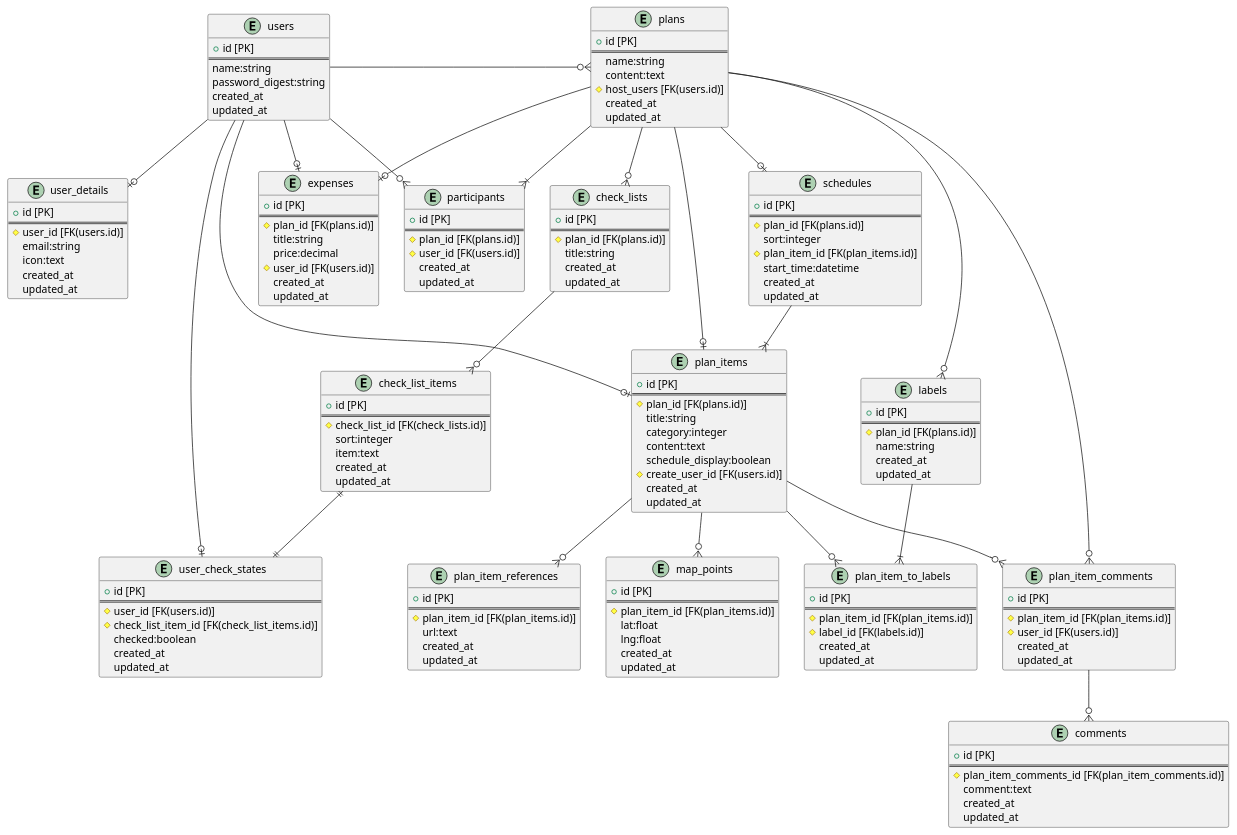
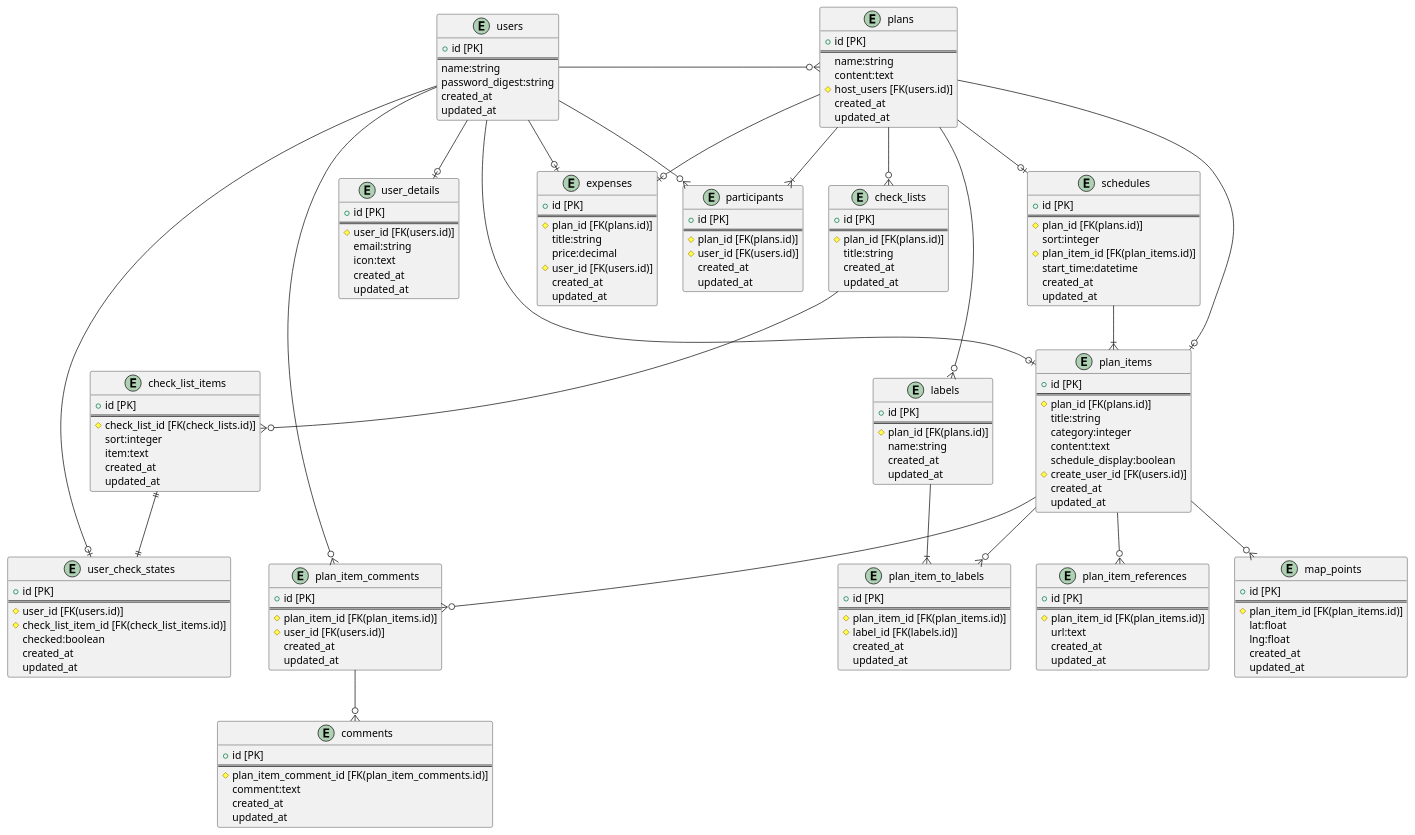
One commit to missyu3/our_trip_old changed the diagram in doc/table.puml. Above: the diagram before and after it, drawn with PlantUML. The commit also changed 2 other files, not shown here.

```diff
--- a/doc/table.puml
+++ b/doc/table.puml
@@ -1,184 +1,184 @@
 @startuml EntityRelationship
 entity "users" {
     + id [PK]
     ==
     name:string
     password_digest:string
     created_at
     updated_at
 }
 
 entity "user_details" {
     + id [PK]
     ==
     # user_id [FK(users.id)]
     email:string
     icon:text
     created_at
     updated_at
 }
 
 entity "participants" {
     + id [PK]
     ==
     # plan_id [FK(plans.id)]
     # user_id [FK(users.id)]
     created_at
     updated_at
 }
 
 entity "plans" {
     + id [PK]
     ==
     name:string
     content:text
     # host_users [FK(users.id)]
     created_at
     updated_at
 }
 
 entity "schedules" {
     + id [PK]
     ==
     # plan_id [FK(plans.id)]
     sort:integer
     # plan_item_id [FK(plan_items.id)]
     start_time:datetime
     created_at
     updated_at
 }
 
 
 entity "plan_items" {
     + id [PK]
     ==
     # plan_id [FK(plans.id)]
     title:string
     category:integer
     content:text
     schedule_display:boolean
     # create_user_id [FK(users.id)]
     created_at
     updated_at
 }
 
 entity "labels" {
     + id [PK]
     ==
     # plan_id [FK(plans.id)]
     name:string
     created_at
     updated_at
 }
 
 entity "plan_item_to_labels" {
     + id [PK]
     ==
     # plan_item_id [FK(plan_items.id)]
     # label_id [FK(labels.id)]
     created_at
     updated_at
 }
 
 entity "plan_item_references" {
     + id [PK]
     ==
     # plan_item_id [FK(plan_items.id)]
     url:text
     created_at
     updated_at
 }
 
 entity "map_points" {
     + id [PK]
     ==
     # plan_item_id [FK(plan_items.id)]
     lat:float
     lng:float
     created_at
     updated_at
 }
 
 entity "check_lists" {
     + id [PK]
     ==
     # plan_id [FK(plans.id)]
     title:string
     created_at
     updated_at
 }
 
 entity "check_list_items" {
     + id [PK] 
     ==
     # check_list_id [FK(check_lists.id)]
     sort:integer
     item:text
     created_at
     updated_at
 }
 
 entity "user_check_states" {
     + id [PK]
     ==
     # user_id [FK(users.id)]
     # check_list_item_id [FK(check_list_items.id)]
     checked:boolean
     created_at
     updated_at
 }
 
 entity "expenses" {
     + id [PK]
     ==
     # plan_id [FK(plans.id)]
     title:string
     price:decimal
     # user_id [FK(users.id)]
     created_at
     updated_at
 }
 
 entity "plan_item_comments" {
     + id [PK]
     ==
     # plan_item_id [FK(plan_items.id)]
     # user_id [FK(users.id)]
     created_at
     updated_at
 }
 
 entity "comments" {
     + id [PK]
     ==
-    # plan_item_comments_id [FK(plan_item_comments.id)]
+    # plan_item_comment_id [FK(plan_item_comments.id)]
     comment:text
     created_at
     updated_at
 }
 
 
 users --o| user_details
 users --right--o{ plans
 users --o{ participants
 users --o| user_check_states
 users --o| plan_items
 users --o| expenses
-plans --o{ plan_item_comments
+users --o{ plan_item_comments
 plans --o| schedules
 plans --o| expenses
 plans --o| plan_items
 plans --o{ labels
 plans --|{ participants
 plans --o{ check_lists
 schedules --|{ plan_items
 check_lists --o{ check_list_items
 check_list_items ||--|| user_check_states
 plan_items --o{ plan_item_comments
 plan_items --o{ plan_item_references
 plan_items --o{ map_points
 plan_items --o{ plan_item_to_labels
 labels --|{ plan_item_to_labels
 plan_item_comments --o{ comments
 
 @enduml
```
